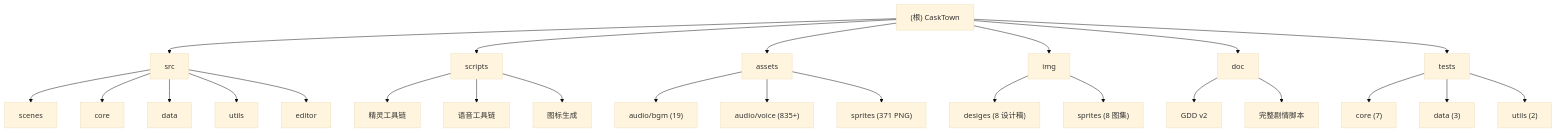
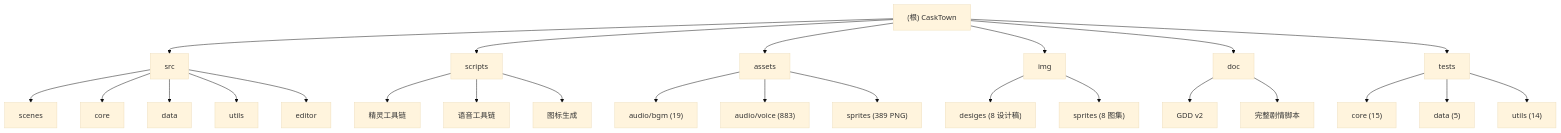
One commit to cyber-tao/casktown changed the diagram in CLAUDE.md. Above: the diagram before and after it, drawn with Mermaid (base theme). The commit also changed other lines of this file and 7 other files, not shown here.

````diff
--- a/CLAUDE.md
+++ b/CLAUDE.md
@@ -18,43 +18,43 @@
 ```mermaid
 graph TD
     A["(根) CaskTown"] --> B["src"]
     A --> C["scripts"]
     A --> D["assets"]
     A --> E["img"]
     A --> F["doc"]
     A --> T["tests"]
 
     B --> G["scenes"]
     B --> H["core"]
     B --> I["data"]
     B --> J["utils"]
     B --> K["editor"]
 
     C --> C1["精灵工具链"]
     C --> C2["语音工具链"]
     C --> C3["图标生成"]
 
     D --> D1["audio/bgm (19)"]
-    D --> D2["audio/voice (835+)"]
-    D --> D3["sprites (371 PNG)"]
+    D --> D2["audio/voice (883)"]
+    D --> D3["sprites (389 PNG)"]
 
     E --> E1["desiges (8 设计稿)"]
     E --> E2["sprites (8 图集)"]
 
     F --> F1["GDD v2"]
     F --> F2["完整剧情脚本"]
 
-    T --> T1["core (7)"]
-    T --> T2["data (3)"]
-    T --> T3["utils (2)"]
+    T --> T1["core (15)"]
+    T --> T2["data (5)"]
+    T --> T3["utils (14)"]
 
     click G "./src/scenes/CLAUDE.md" "scenes"
     click H "./src/core/CLAUDE.md" "core"
     click I "./src/data/CLAUDE.md" "data"
     click J "./src/utils/CLAUDE.md" "utils"
     click K "./src/editor/CLAUDE.md" "editor"
     click C "./scripts/CLAUDE.md" "scripts"
     click D "./assets/CLAUDE.md" "assets"
     click E "./img/CLAUDE.md" "img"
     click F "./doc/CLAUDE.md" "doc"
 ```
````
